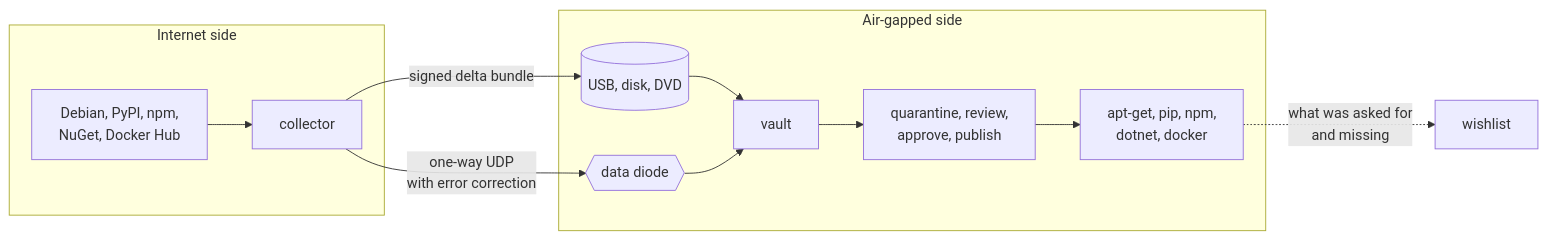
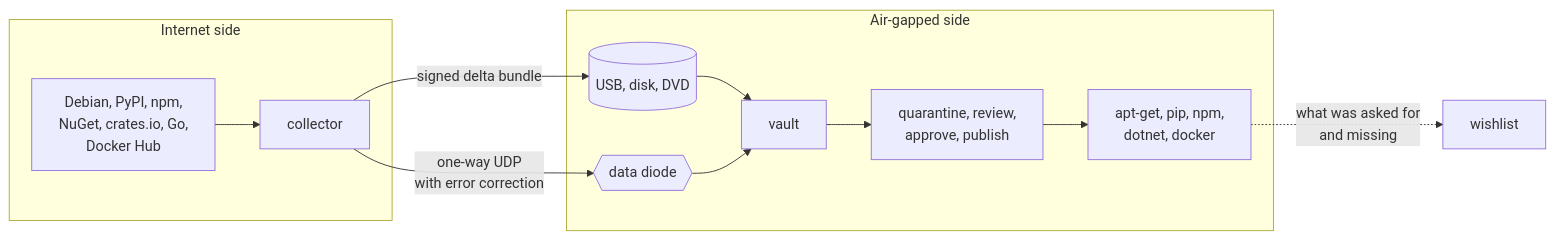
The diagram in README.md (Binchitects/mirror-every-repo), drawn with Mermaid before and after one commit. The commit also changed other lines of this file and 39 other files, not shown here.

````diff
--- a/README.md
+++ b/README.md
@@ -13,15 +13,15 @@
 ```mermaid
 flowchart LR
   subgraph out [Internet side]
-    U[Debian, PyPI, npm,<br/>NuGet, Docker Hub] --> C[collector]
+    U[Debian, PyPI, npm,<br/>NuGet, crates.io, Go,<br/>Docker Hub] --> C[collector]
   end
   C -- "signed delta bundle" --> M[(USB, disk, DVD)]
   C -- "one-way UDP<br/>with error correction" --> D{{data diode}}
   subgraph in [Air-gapped side]
     M --> V[vault]
     D --> V
     V --> G[quarantine, review,<br/>approve, publish]
     G --> K[apt-get, pip, npm,<br/>dotnet, docker]
   end
   K -. "what was asked for<br/>and missing" .-> W[wishlist]
 ```
````
